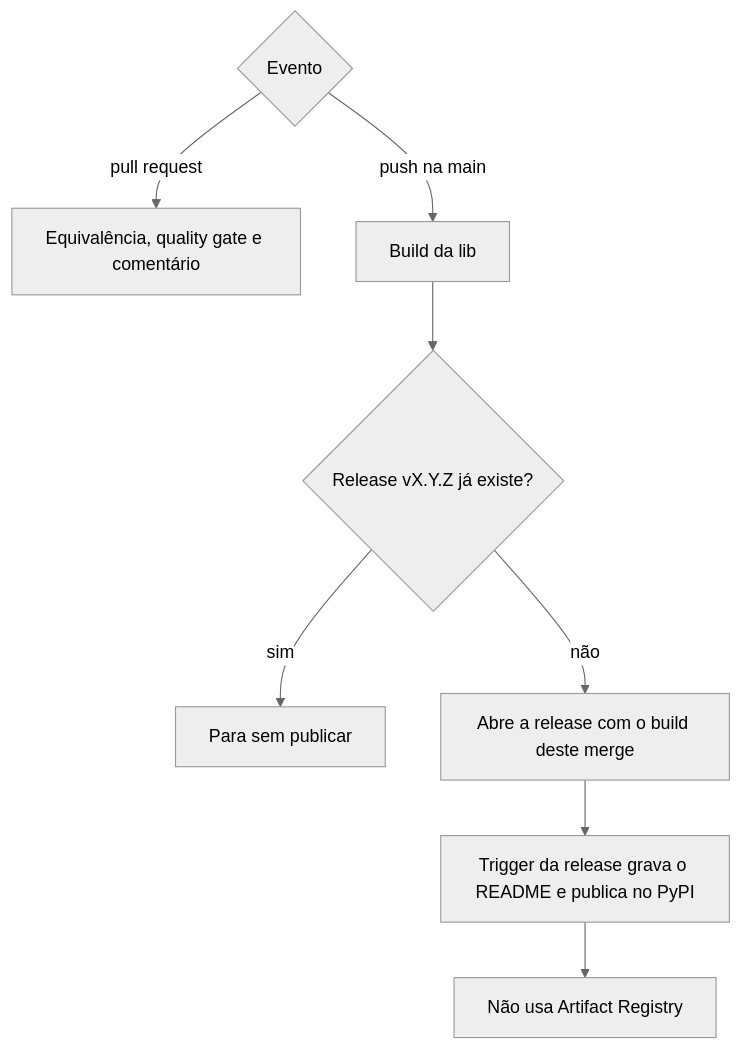
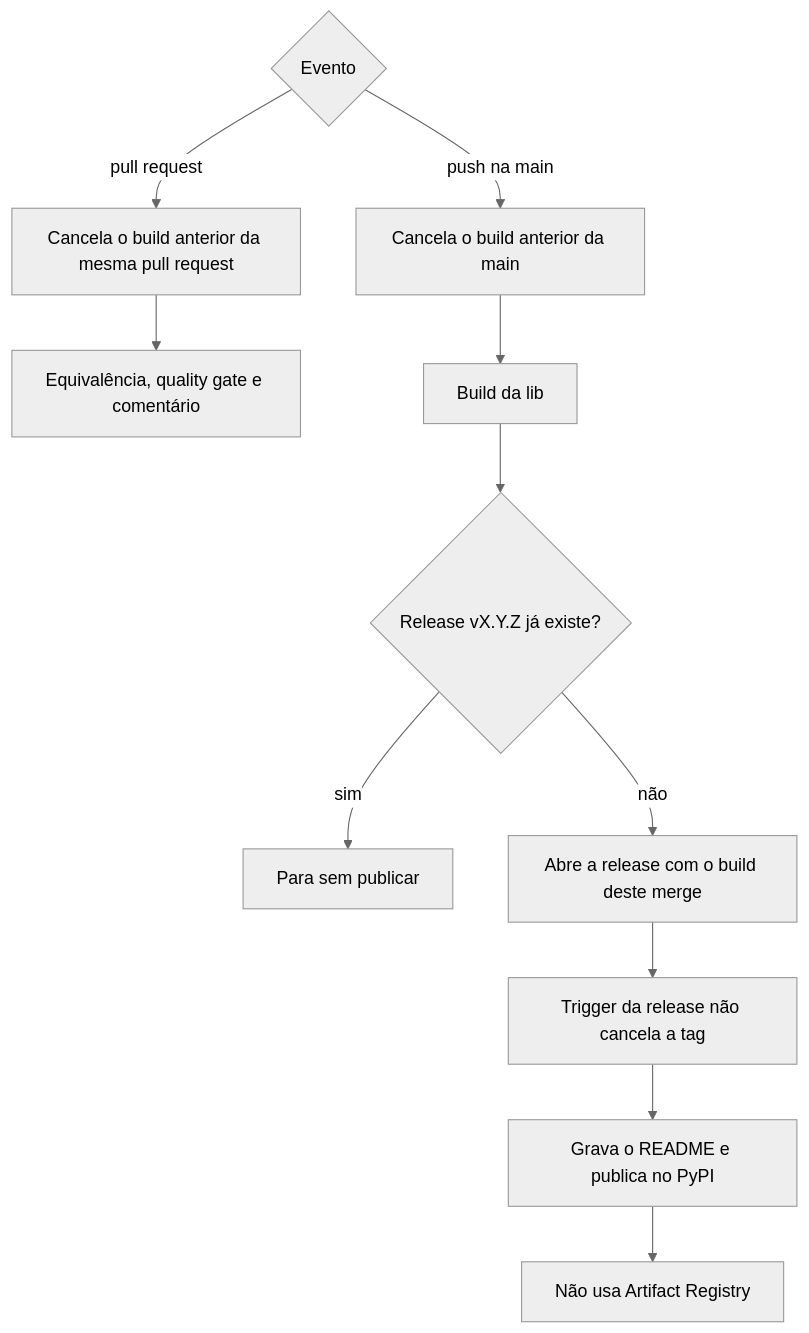
Before and after one commit to garusocruz/calculadora-rtc-simples-nacional: the third of 3 diagrams in docs/publicacao-flow.md, drawn with Mermaid (neutral theme). The commit also changed other lines of this file and 7 other files, not shown here.

First line of the commit message:
ci: cancela o build anterior da mesma branch

````diff
--- a/docs/publicacao-flow.md
+++ b/docs/publicacao-flow.md
@@ -55,11 +60,14 @@
 ```mermaid
 flowchart TD
   evento{Evento}
-  evento -->|pull request| ci[Equivalência, quality gate e comentário]
-  evento -->|push na main| build[Build da lib]
+  evento -->|pull request| cancelaPr[Cancela o build anterior da mesma pull request]
+  cancelaPr --> ci[Equivalência, quality gate e comentário]
+  evento -->|push na main| cancelaMain[Cancela o build anterior da main]
+  cancelaMain --> build[Build da lib]
   build --> tem{Release vX.Y.Z já existe?}
   tem -->|sim| para[Para sem publicar]
   tem -->|não| abre[Abre a release com o build deste merge]
-  abre --> pub[Trigger da release grava o README e publica no PyPI]
-  pub --> registry[Não usa Artifact Registry]
+  abre --> pub[Trigger da release não cancela a tag]
+  pub --> pypi[Grava o README e publica no PyPI]
+  pypi --> registry[Não usa Artifact Registry]
 ```
````
